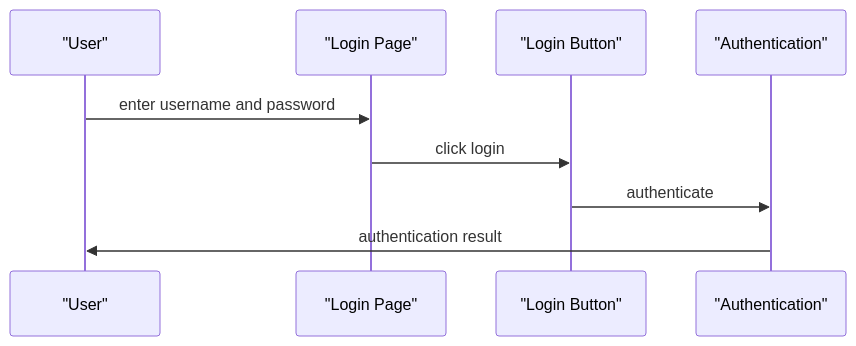
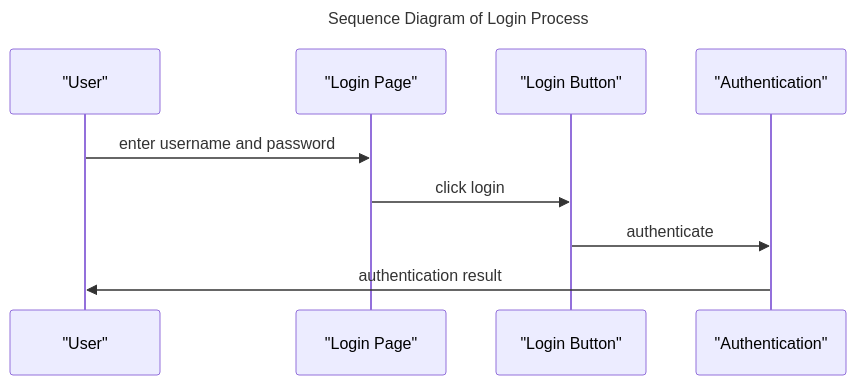
One commit to anrichp/Computing-Project-2024 changed the sixth of 6 diagrams in README.md. Above: the diagram before and after it, drawn with Mermaid. The commit also changed other lines of this file, not shown here.

Commit message:
add titles to all diagrams

````diff
--- a/README.md
+++ b/README.md
@@ -124,12 +133,15 @@
 ```mermaid
+---
+title: Sequence Diagram of Login Process
+---
 sequenceDiagram
     participant User as "User"
     participant LoginPage as "Login Page"
     participant LoginButton as "Login Button"
     participant Authentication as "Authentication"
 
     User->>LoginPage: enter username and password
     LoginPage->>LoginButton: click login
     LoginButton->>Authentication: authenticate
     Authentication->>User: authentication result
 ```
````
